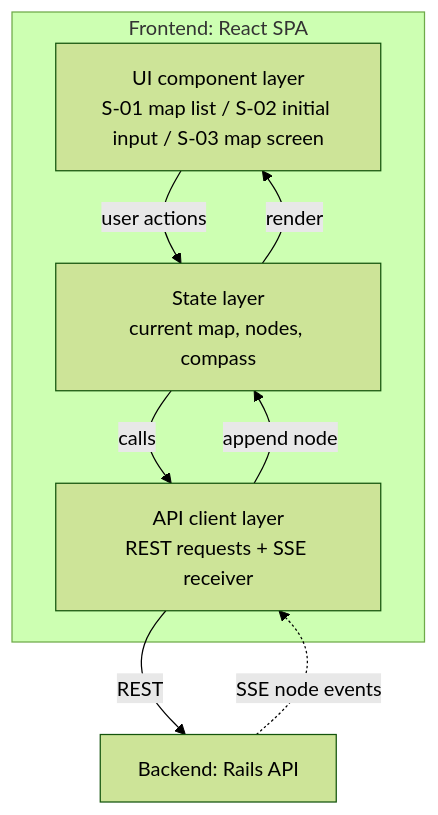
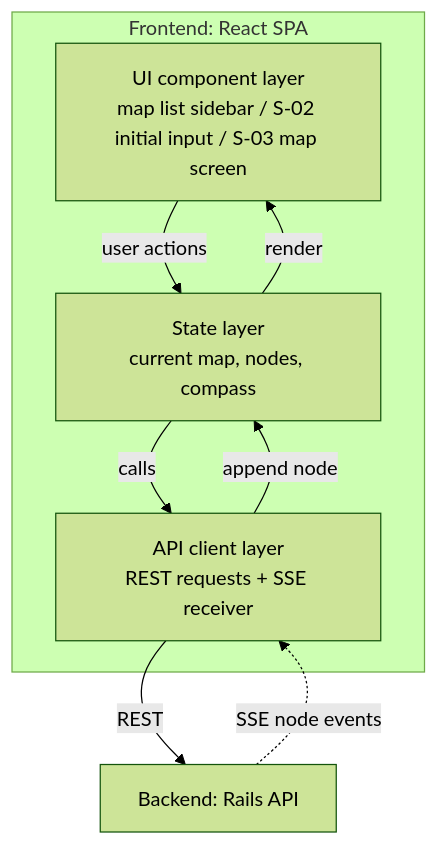
One commit to ryuma-1/Campass changed the first of 2 diagrams in .claude/rules/code/frontend.md. Above: the diagram before and after it, drawn with Mermaid (forest theme). The commit also changed other lines of this file and 3 other files, not shown here.

Commit message:
docs: replace the map list screen with a sidebar (#15)

````diff
--- a/.claude/rules/code/frontend.md
+++ b/.claude/rules/code/frontend.md
@@ -7,16 +7,16 @@
 ```mermaid
 graph TD
     subgraph FE[Frontend: React SPA]
-        UI["UI component layer<br/>S-01 map list / S-02 initial input / S-03 map screen"]
+        UI["UI component layer<br/>map list sidebar / S-02 initial input / S-03 map screen"]
         State["State layer<br/>current map, nodes, compass"]
         API["API client layer<br/>REST requests + SSE receiver"]
     end
     BE[Backend: Rails API]
 
     UI -->|user actions| State
     State -->|render| UI
     State -->|calls| API
     API -->|REST| BE
     BE -.->|SSE node events| API
     API -->|append node| State
 ```
````
